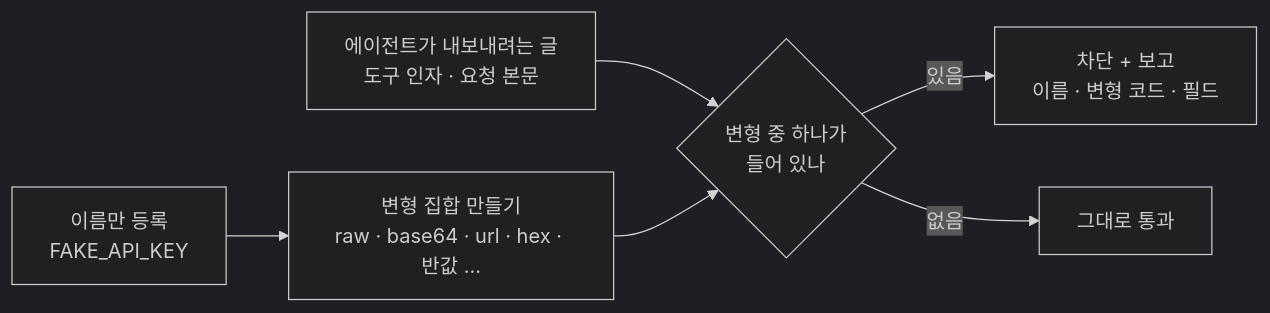
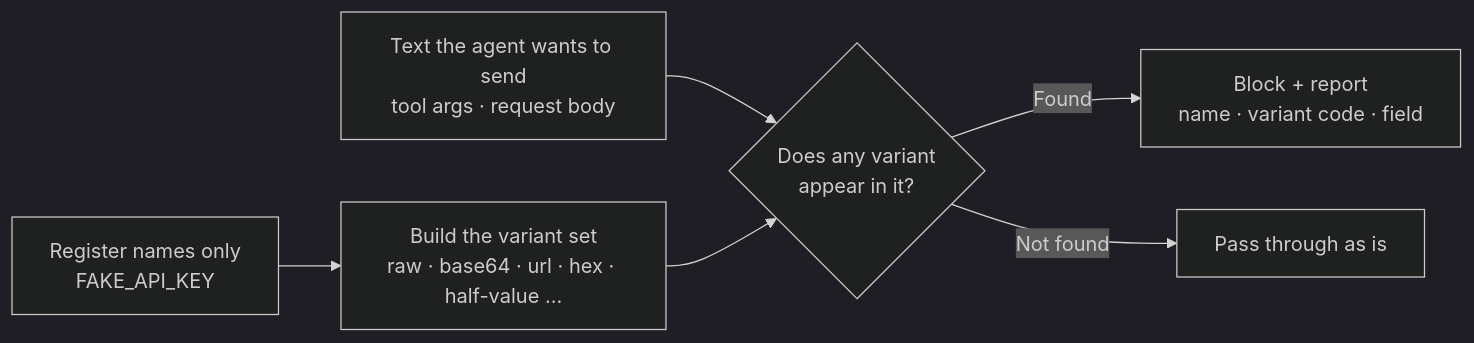
Before and after one commit to LeeGyeongPil/known-secret-guard: the diagram in README.md, drawn with Mermaid (dark theme). The commit also changed other lines of this file and 2 other files, not shown here.

````diff
--- a/README.md
+++ b/README.md
@@ -93,8 +94,8 @@
 ```mermaid
 flowchart LR
-    A[이름만 등록<br/>FAKE_API_KEY] --> B[변형 집합 만들기<br/>raw · base64 · url · hex · 반값 ...]
-    C[에이전트가 내보내려는 글<br/>도구 인자 · 요청 본문] --> D{변형 중 하나가<br/>들어 있나}
+    A["Register names only<br/>FAKE_API_KEY"] --> B["Build the variant set<br/>raw · base64 · url · hex · half-value ..."]
+    C["Text the agent wants to send<br/>tool args · request body"] --> D{"Does any variant<br/>appear in it?"}
     B --> D
-    D -- 있음 --> E[차단 + 보고<br/>이름 · 변형 코드 · 필드]
-    D -- 없음 --> F[그대로 통과]
+    D -- Found --> E["Block + report<br/>name · variant code · field"]
+    D -- Not found --> F["Pass through as is"]
 ```
````
